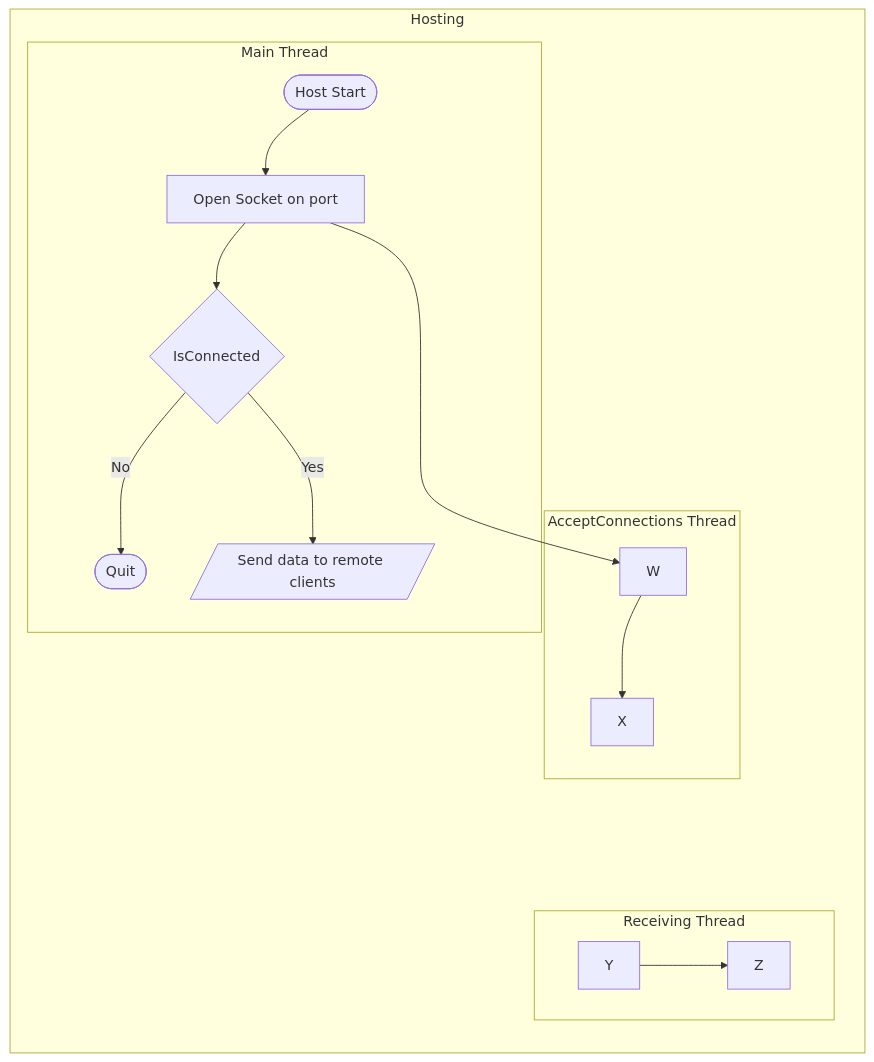
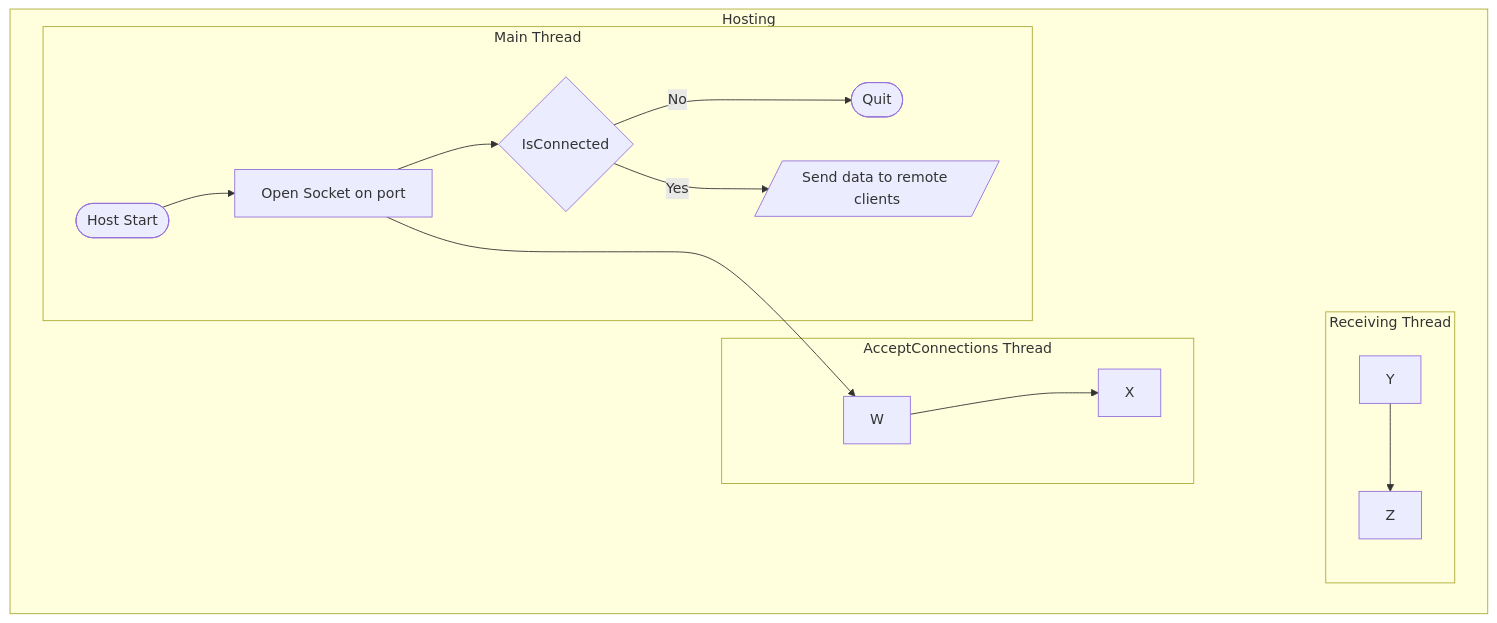
The diagram in README.md (GMcMichael/ThornNetworking), drawn with Mermaid before and after one commit.

````diff
--- a/README.md
+++ b/README.md
@@ -1,19 +1,20 @@
 ```mermaid
 flowchart LR
   subgraph Hosting
+    direction LR
     mt ~~~~~ act ~~~~~ rt
     subgraph mt [Main Thread]
       A([Host Start])-->B[Open Socket on port]
       B-->D{IsConnected}
       D-- No -->E([Quit])
       D-- Yes -->F[/Send data to remote clients/]
     end
     subgraph act [AcceptConnections Thread]
       B-->W
       W-->X
     end
     subgraph rt [Receiving Thread]
       Y-->Z
     end
   end
 ```
````
